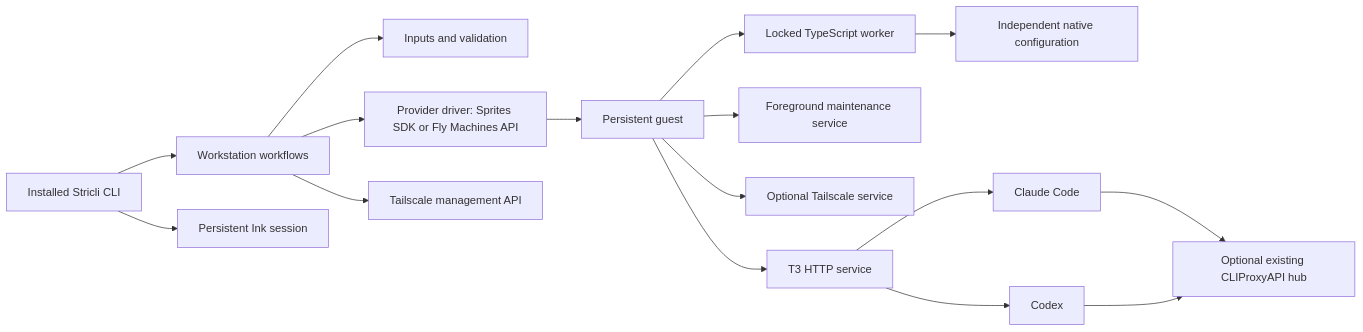
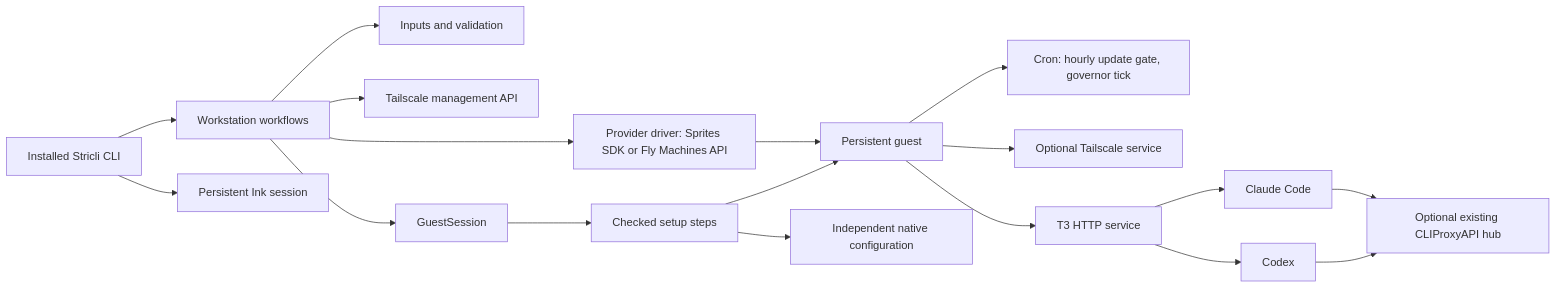
The diagram in docs/architecture/workstation.md (alvis/agent-sprite), drawn with Mermaid before and after one commit. The commit also changed other lines of this file and 3 other files, not shown here.

Commit message:
docs: describe host-driven guest setup and the sh self-maintenance layer

````diff
--- a/docs/architecture/workstation.md
+++ b/docs/architecture/workstation.md
@@ -103,18 +122,20 @@
 ```mermaid
 flowchart LR
   CLI[Installed Stricli CLI] --> Workflows[Workstation workflows]
   CLI --> Ink[Persistent Ink session]
   Workflows --> Inputs[Inputs and validation]
   Workflows --> Provider[Provider driver: Sprites SDK or Fly Machines API]
   Workflows --> Tailnet[Tailscale management API]
+  Workflows --> Session[GuestSession]
+  Session --> Plan[Checked setup steps]
   Provider --> Guest[Persistent guest]
-  Guest --> Worker[Locked TypeScript worker]
-  Worker --> Native[Independent native configuration]
-  Guest --> Cron[Foreground maintenance service]
+  Plan --> Guest
+  Plan --> Native[Independent native configuration]
+  Guest --> Cron[Cron: hourly update gate, governor tick]
   Guest --> Tailscale[Optional Tailscale service]
   Guest --> T3[T3 HTTP service]
   T3 --> Claude[Claude Code]
   T3 --> Codex[Codex]
   Claude --> Hub[Optional existing CLIProxyAPI hub]
   Codex --> Hub
 ```
````
